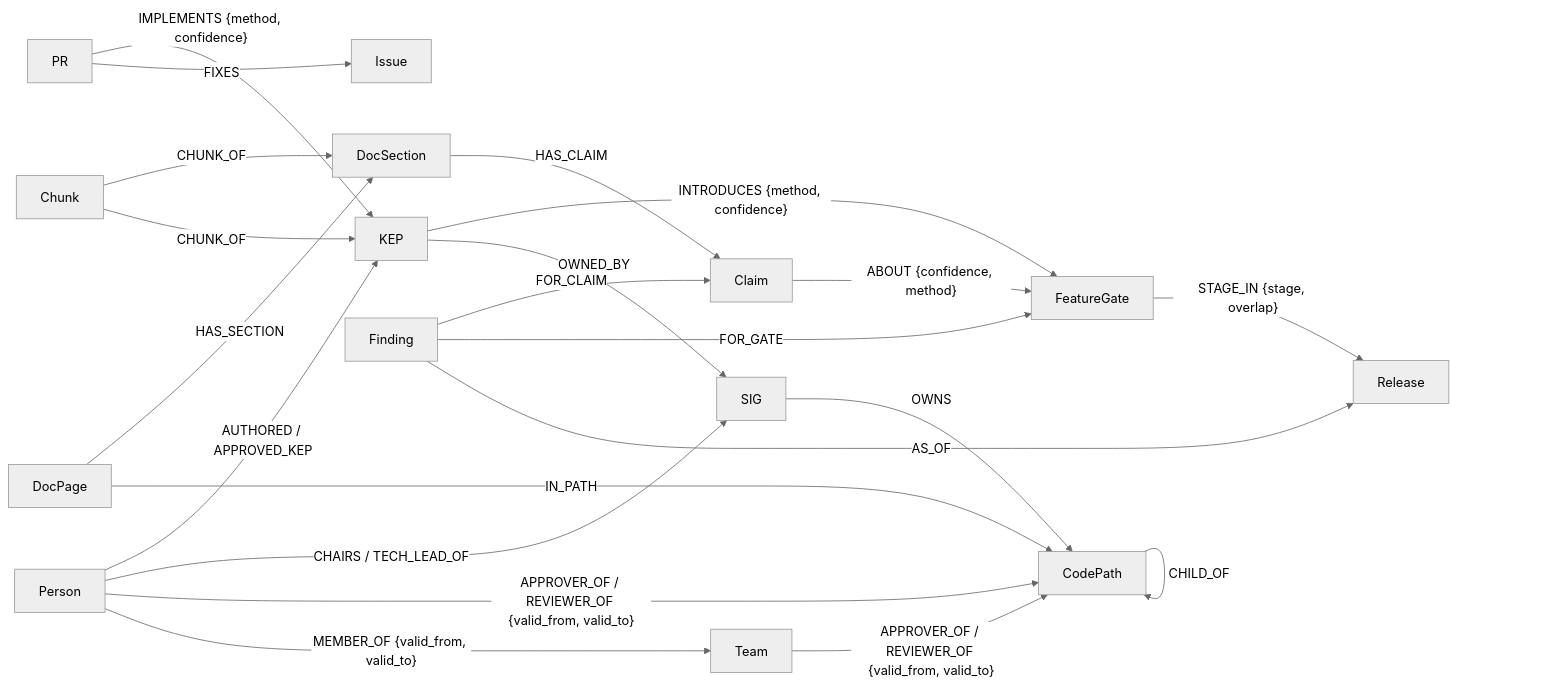
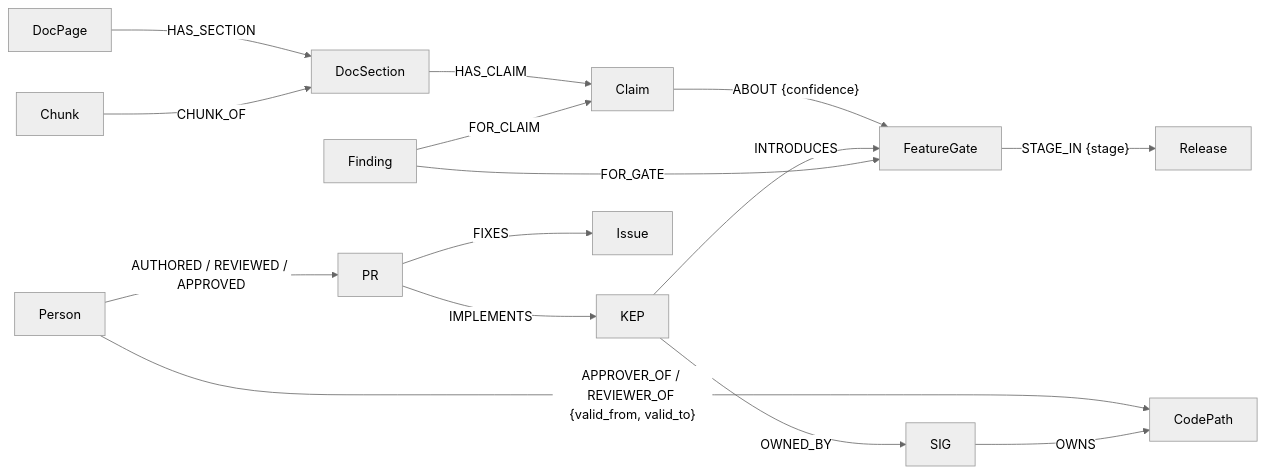
One commit to nandhithr6/Lineage changed the diagram in README.md. Above: the diagram before and after it, drawn with Mermaid (neutral theme). The commit also changed other lines of this file and 9 other files, not shown here.

````diff
--- a/README.md
+++ b/README.md
@@ -96,24 +80,16 @@
 ```mermaid
 flowchart LR
-  DocPage -- HAS_SECTION --> DocSection
-  DocSection -- HAS_CLAIM --> Claim
-  Claim -- "ABOUT {confidence, method}" --> FeatureGate
-  FeatureGate -- "STAGE_IN {stage, overlap}" --> Release
-  KEP -- "INTRODUCES {method, confidence}" --> FeatureGate
+  DocPage -- HAS_SECTION --> DocSection -- HAS_CLAIM --> Claim
+  Claim -- "ABOUT {confidence}" --> FeatureGate
+  FeatureGate -- "STAGE_IN {stage}" --> Release
+  KEP -- INTRODUCES --> FeatureGate
   KEP -- OWNED_BY --> SIG
-  Person -- "AUTHORED / APPROVED_KEP" --> KEP
-  Person -- "CHAIRS / TECH_LEAD_OF" --> SIG
+  PR -- IMPLEMENTS --> KEP
+  PR -- FIXES --> Issue
+  Person -- "AUTHORED / REVIEWED / APPROVED" --> PR
+  Person -- "APPROVER_OF / REVIEWER_OF {valid_from, valid_to}" --> CodePath
   SIG -- OWNS --> CodePath
-  CodePath -- CHILD_OF --> CodePath
-  DocPage -- IN_PATH --> CodePath
-  Person -- "APPROVER_OF / REVIEWER_OF {valid_from, valid_to}" --> CodePath
-  Team -- "APPROVER_OF / REVIEWER_OF {valid_from, valid_to}" --> CodePath
-  Person -- "MEMBER_OF {valid_from, valid_to}" --> Team
-  PR -- "IMPLEMENTS {method, confidence}" --> KEP
-  PR -- FIXES --> Issue
   Chunk -- CHUNK_OF --> DocSection
-  Chunk -- CHUNK_OF --> KEP
   Finding -- FOR_CLAIM --> Claim
   Finding -- FOR_GATE --> FeatureGate
-  Finding -- AS_OF --> Release
 ```
````
